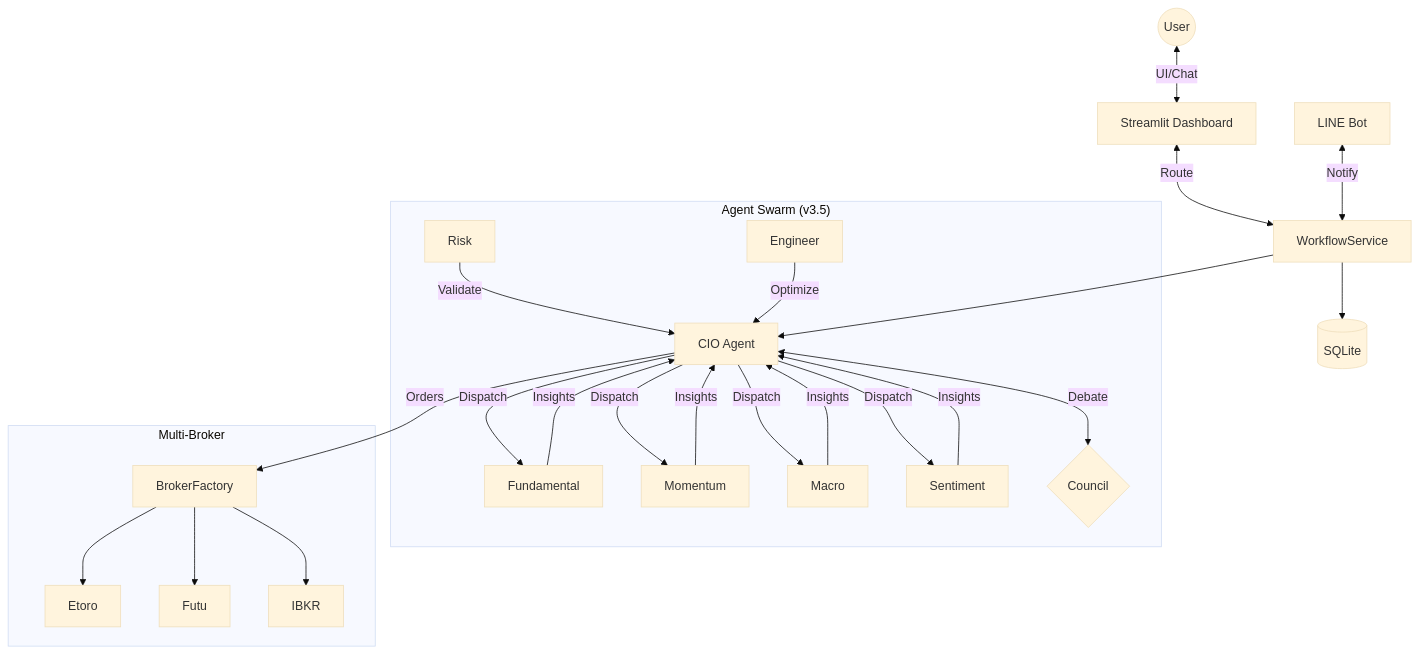
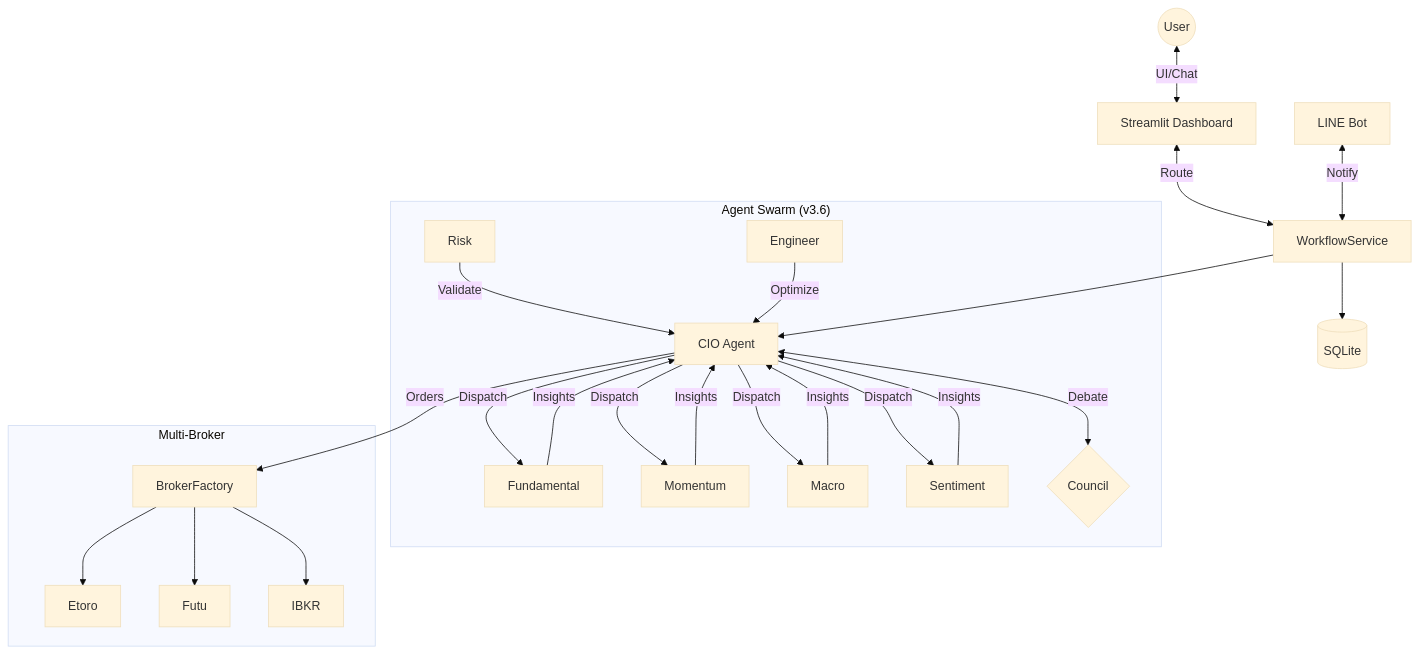
One commit to neohsiung/AI-Investment-Advisor changed the diagram in README.md. Above: the diagram before and after it, drawn with Mermaid (base theme). The commit also changed other lines of this file and 36 other files, not shown here.

````diff
--- a/README.md
+++ b/README.md
@@ -50,32 +53,32 @@
 ```mermaid
 graph TD
     User((User)) <-->|UI/Chat| DASH[Streamlit Dashboard]
     DASH <-->|Route| WF[WorkflowService]
     LINE[LINE Bot] <-->|Notify| WF
 
-    subgraph "Agent Swarm (v3.5)"
+    subgraph "Agent Swarm (v3.6)"
         CIO[CIO Agent]
         FUND[Fundamental]
         MOM[Momentum]
         MACRO[Macro]
         SENT[Sentiment]
         RISK[Risk]
         ENG[Engineer]
         
         CIO -->|Dispatch| FUND & MOM & MACRO & SENT
         FUND & MOM & MACRO & SENT -->|Insights| CIO
         CIO <-->|Debate| COUNCIL{Council}
         RISK -->|Validate| CIO
         ENG -->|Optimize| CIO
     end
 
     subgraph "Multi-Broker"
         BF[BrokerFactory]
         ET[Etoro] & FU[Futu] & IK[IBKR]
         BF --> ET & FU & IK
     end
 
     WF --> CIO
     CIO -->|Orders| BF
     WF --> DB[(SQLite)]
 ```
````
